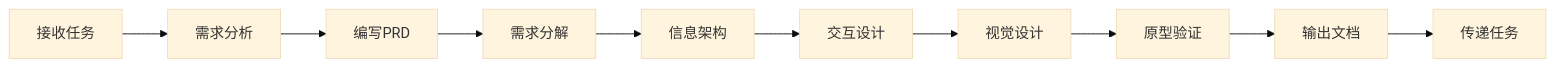
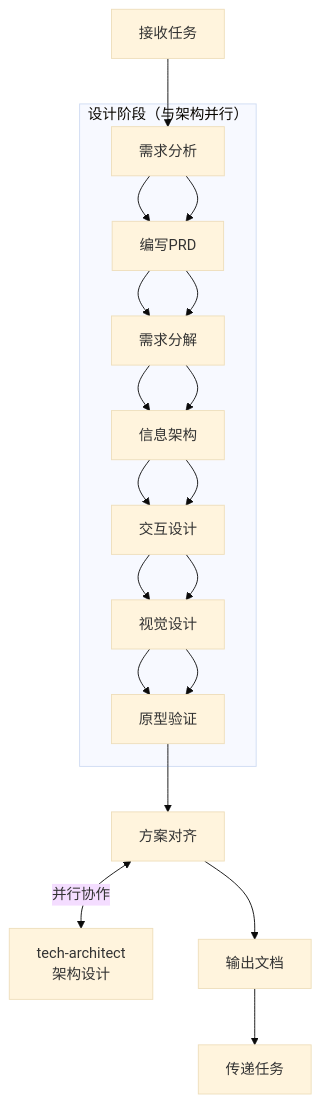
Before and after one commit to Tooooommy/Trae-Workflow: the diagram in skills/product-designer/SKILL.md, drawn with Mermaid (base theme). The commit also changed other lines of this file and 3 other files, not shown here.

````diff
--- a/skills/product-designer/SKILL.md
+++ b/skills/product-designer/SKILL.md
@@ -53,12 +53,18 @@
 ```mermaid
-flowchart LR
+flowchart TD
     A[接收任务] --> B[需求分析]
     B --> C[编写PRD]
     C --> D[需求分解]
     D --> E[信息架构]
     E --> F[交互设计]
     F --> G[视觉设计]
     G --> H[原型验证]
-    H --> I[输出文档]
-    I --> J[传递任务]
+    H --> I[方案对齐]
+    I <-->|并行协作| J[tech-architect<br/>架构设计]
+    I --> K[输出文档]
+    K --> L[传递任务]
+
+    subgraph "设计阶段（与架构并行）"
+        B --> C --> D --> E --> F --> G --> H
+    end
 ```
````
